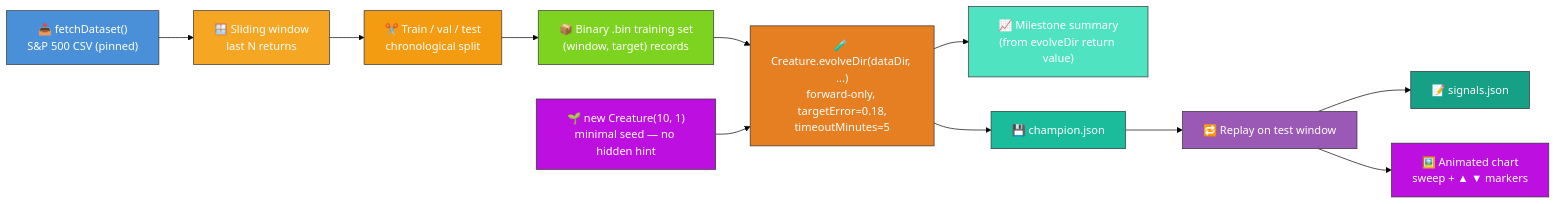
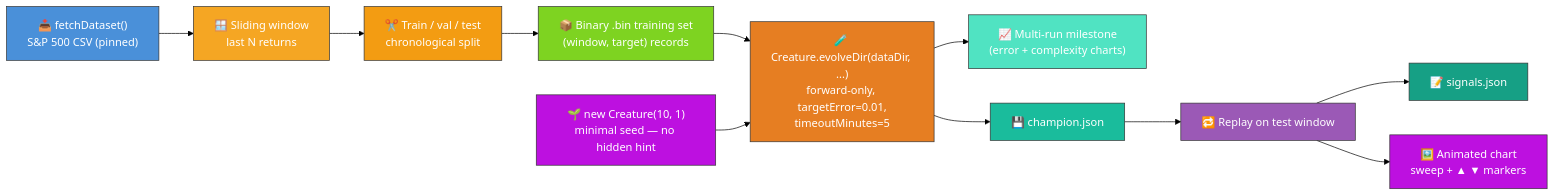
The first of 2 diagrams in stock_market/README.md (stSoftwareAU/NEAT-AI-Examples), drawn with Mermaid (forest theme) before and after one commit. The commit also changed other lines of this file and 11 other files, not shown here.

````diff
--- a/stock_market/README.md
+++ b/stock_market/README.md
@@ -27,33 +27,33 @@
 ```mermaid
 flowchart LR
     DL["📥 fetchDataset()<br/>S&P 500 CSV (pinned)"]
     SLIDE["🪟 Sliding window<br/>last N returns"]
     SPLIT["✂️ Train / val / test<br/>chronological split"]
     BIN["📦 Binary .bin training set<br/>(window, target) records"]
     SEED["🌱 new Creature(10, 1)<br/>minimal seed — no hidden hint"]
-    EVOLVE["🧪 Creature.evolveDir(dataDir, ...)<br/>forward-only, targetError=0.18,<br/>timeoutMinutes=5"]
-    SUMMARY["📈 Milestone summary<br/>(from evolveDir return value)"]
+    EVOLVE["🧪 Creature.evolveDir(dataDir, ...)<br/>forward-only, targetError=0.01,<br/>timeoutMinutes=5"]
+    SUMMARY["📈 Multi-run milestone<br/>(error + complexity charts)"]
     CHAMP["💾 champion.json"]
     REPLAY["🔁 Replay on test window"]
     SIG["📝 signals.json"]
     CHART["🖼️ Animated chart<br/>sweep + ▲ ▼ markers"]
 
     DL --> SLIDE --> SPLIT --> BIN --> EVOLVE
     SEED --> EVOLVE
     EVOLVE --> SUMMARY
     EVOLVE --> CHAMP
     CHAMP --> REPLAY --> SIG
     REPLAY --> CHART
 
     style DL fill:#4a90d9,stroke:#333,color:#fff
     style SLIDE fill:#f5a623,stroke:#333,color:#fff
     style SPLIT fill:#f39c12,stroke:#333,color:#fff
     style BIN fill:#7ed321,stroke:#333,color:#fff
     style SEED fill:#bd10e0,stroke:#333,color:#fff
     style EVOLVE fill:#e67e22,stroke:#333,color:#fff
     style SUMMARY fill:#50e3c2,stroke:#333,color:#fff
     style CHAMP fill:#1abc9c,stroke:#333,color:#fff
     style REPLAY fill:#9b59b6,stroke:#333,color:#fff
     style SIG fill:#16a085,stroke:#333,color:#fff
     style CHART fill:#bd10e0,stroke:#333,color:#fff
 ```
````
